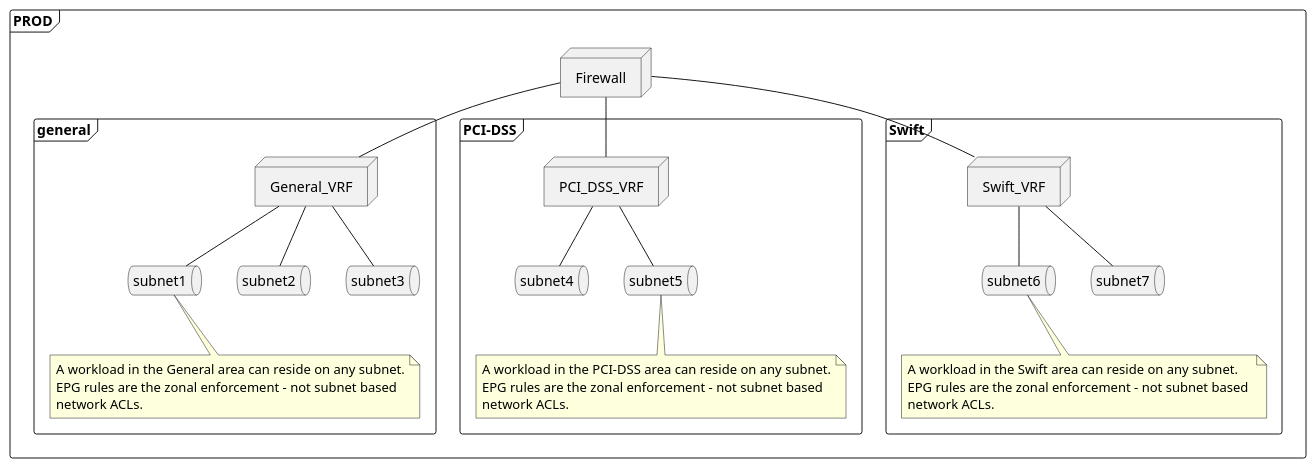
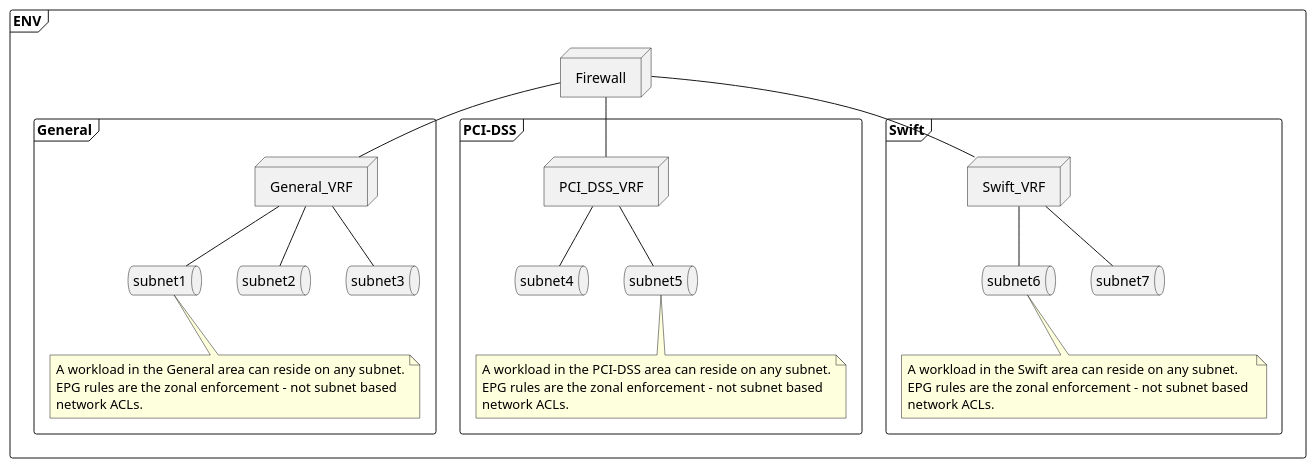
The diagram in Network/netsegandl3.puml (wshedd01-kiwibank/Architecture), drawn with PlantUML before and after one commit.

Commit message:
no change

```diff
--- a/Network/netsegandl3.puml
+++ b/Network/netsegandl3.puml
@@ -1,53 +1,53 @@
 @startuml
-frame PROD {
-    frame general {
+frame ENV {
+    frame General {
     queue subnet1
     queue subnet2
     queue subnet3
     node General_VRF
     note bottom of subnet1
         A workload in the General area can reside on any subnet.
         EPG rules are the zonal enforcement - not subnet based 
         network ACLs.
     end note
     }
 
     frame PCI-DSS {
     queue subnet4
     queue subnet5
     node PCI_DSS_VRF
     note bottom of subnet5
         A workload in the PCI-DSS area can reside on any subnet.
         EPG rules are the zonal enforcement - not subnet based 
         network ACLs.
     end note
     }
 
     frame Swift {
     queue subnet6
     queue subnet7
     node Swift_VRF
     note bottom of subnet6
         A workload in the Swift area can reside on any subnet.
         EPG rules are the zonal enforcement - not subnet based 
         network ACLs.
     end note
     }
     node Firewall
 }
 
 Firewall -do- General_VRF
 Firewall -do- PCI_DSS_VRF
 Firewall -do- Swift_VRF
 
 General_VRF -do- subnet1
 General_VRF -do- subnet2
 General_VRF -do- subnet3
 
 PCI_DSS_VRF -do- subnet4
 PCI_DSS_VRF -do- subnet5
 
 Swift_VRF -do- subnet6
 Swift_VRF -do- subnet7
 
 @enduml
```
